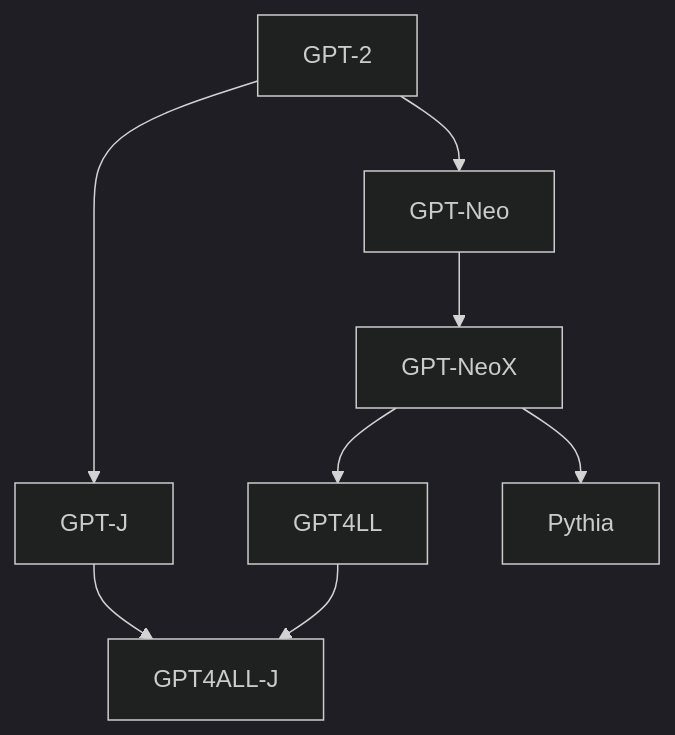
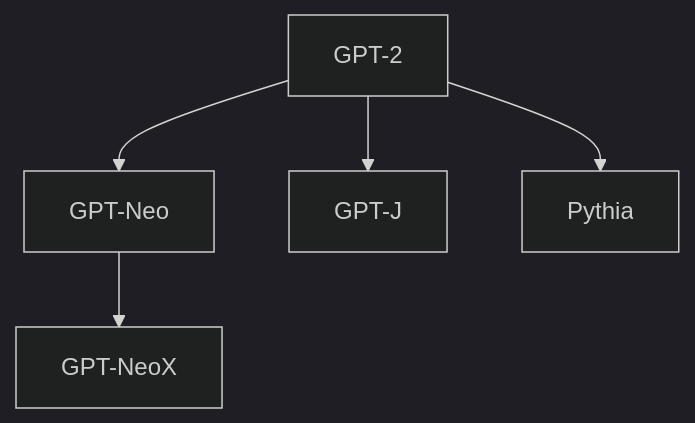
Before and after one commit to ted-sharp/chatvox: the fifth of 16 diagrams in doc/llm.md, drawn with Mermaid (dark theme). The commit also changed other lines of this file, not shown here.

````diff
--- a/doc/llm.md
+++ b/doc/llm.md
@@ -232,7 +233,7 @@
 ```mermaid
 flowchart
 
-GPT-2 --> GPT-J --> GPT4ALL-J
-GPT-2 --> GPT-Neo --> GPT-NeoX --> GPT4LL --> GPT4ALL-J
-GPT-NeoX --> Pythia
+GPT-2 --> GPT-Neo --> GPT-NeoX
+GPT-2 --> GPT-J
+GPT-2 --> Pythia
 ```
````
